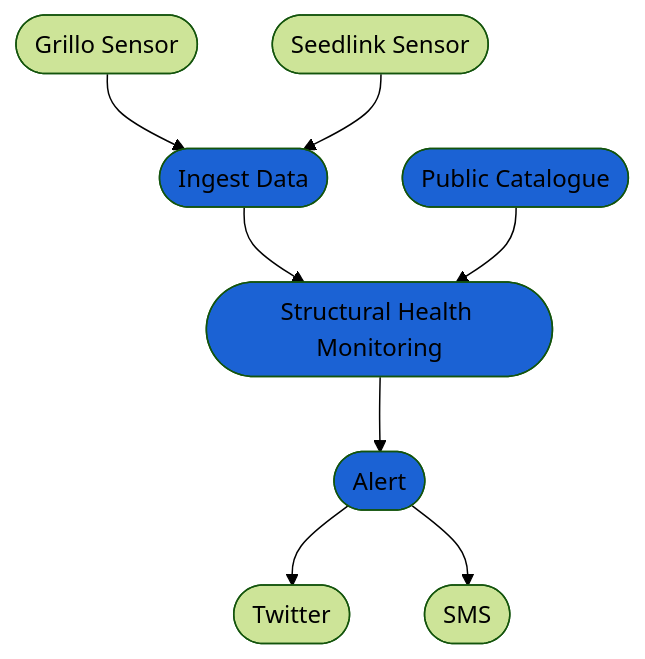
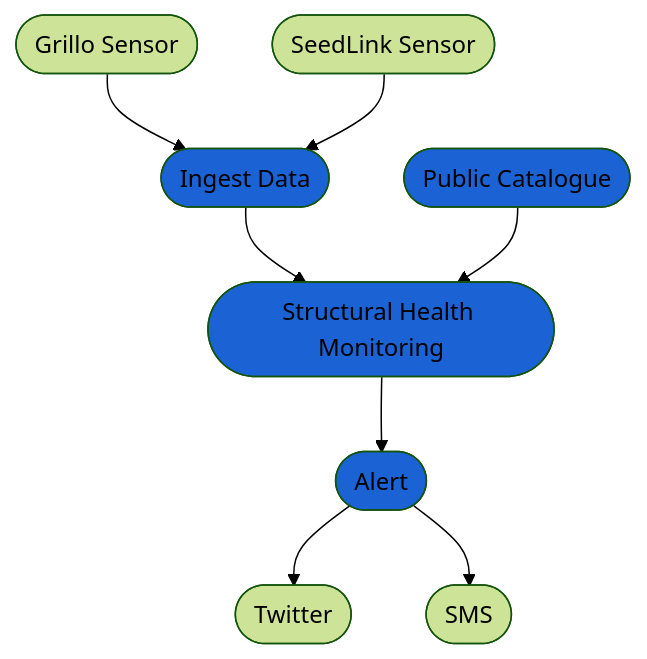
Before and after one commit to grillo/grillo-docs: the diagram in docs/how-to/advanced_structural_monitoring.md, drawn with Mermaid (forest theme). The commit also changed 5 other files, not shown here.

Commit message:
SeedLink

````diff
--- a/docs/how-to/advanced_structural_monitoring.md
+++ b/docs/how-to/advanced_structural_monitoring.md
@@ -9,9 +9,9 @@
 ```mermaid
 flowchart TB
-   A([Grillo Sensor]) & B([Seedlink Sensor]) --> C([Ingest Data]) --> E([Structural Health Monitoring]) --> F([Alert]) --> G([Twitter]) & H([SMS])
+   A([Grillo Sensor]) & B([SeedLink Sensor]) --> C([Ingest Data]) --> E([Structural Health Monitoring]) --> F([Alert]) --> G([Twitter]) & H([SMS])
    D([Public Catalogue]) --> E
    style C fill:#1b62d4
    style D fill:#1b62d4
    style E fill:#1b62d4
    style F fill:#1b62d4
 ```
````
